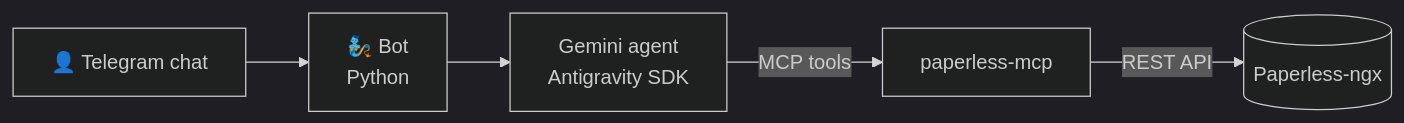
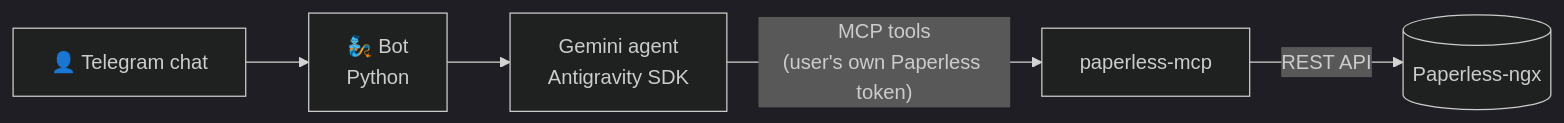
One commit to rabestro/rabestro.github.io changed the diagram in _posts/2026-07-18-paperless-genie.md. Above: the diagram before and after it, drawn with Mermaid (dark theme). The commit also changed other lines of this file, not shown here.

````diff
--- a/_posts/2026-07-18-paperless-genie.md
+++ b/_posts/2026-07-18-paperless-genie.md
@@ -46,7 +44,7 @@
 ```mermaid
 flowchart LR
     U[👤 Telegram chat] --> B[🧞 Bot<br>Python]
     B --> A[Gemini agent<br>Antigravity SDK]
-    A -->|MCP tools| M[paperless-mcp]
+    A -->|"MCP tools<br>(user's own Paperless token)"| M[paperless-mcp]
     M -->|REST API| P[(Paperless-ngx)]
 ```
````
